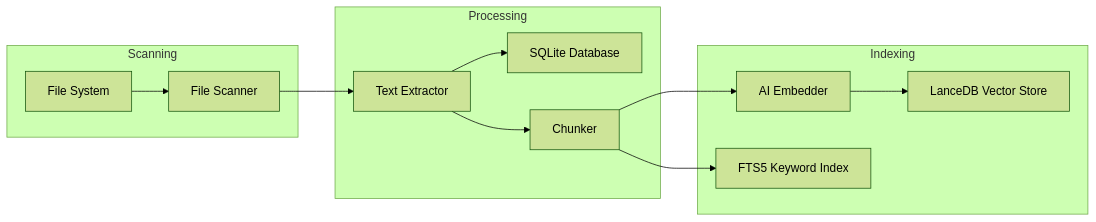
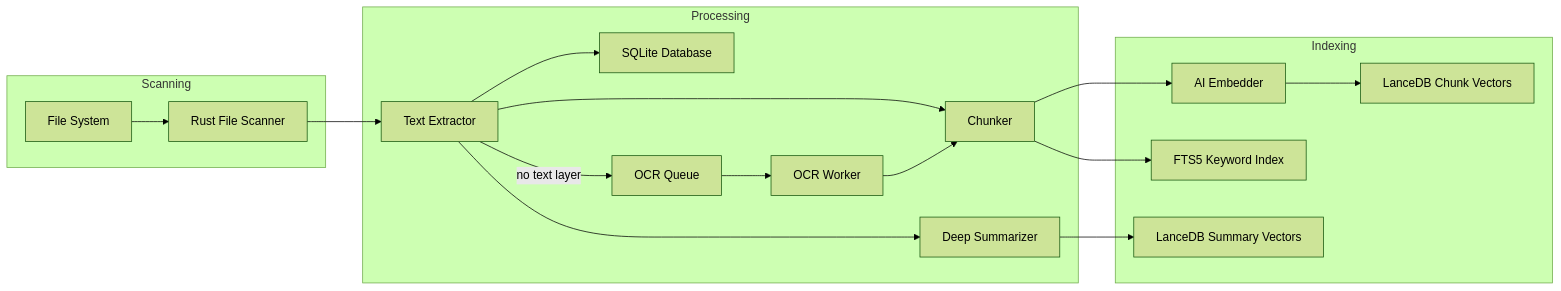
One commit to Binitpyro/Personal_Memory_Assistant changed the first of 2 diagrams in README.md. Above: the diagram before and after it, drawn with Mermaid (forest theme). The commit also changed other lines of this file and 2 other files, not shown here.

````diff
--- a/README.md
+++ b/README.md
@@ -155,18 +200,23 @@
 ```mermaid
 graph LR
     subgraph "Scanning"
-        A[File System] --> B[File Scanner]
+        A[File System] --> B[Rust File Scanner]
     end
-    
+
     subgraph "Processing"
         B --> C[Text Extractor]
         C --> D[SQLite Database]
         C --> E[Chunker]
+        C --> S[Deep Summarizer]
+        C -->|no text layer| O[OCR Queue]
+        O --> W[OCR Worker]
+        W --> E
     end
-    
+
     subgraph "Indexing"
         E --> F[AI Embedder]
-        F --> G[LanceDB Vector Store]
+        F --> G[LanceDB Chunk Vectors]
         E --> H[FTS5 Keyword Index]
+        S --> G2[LanceDB Summary Vectors]
     end
 ```
````
